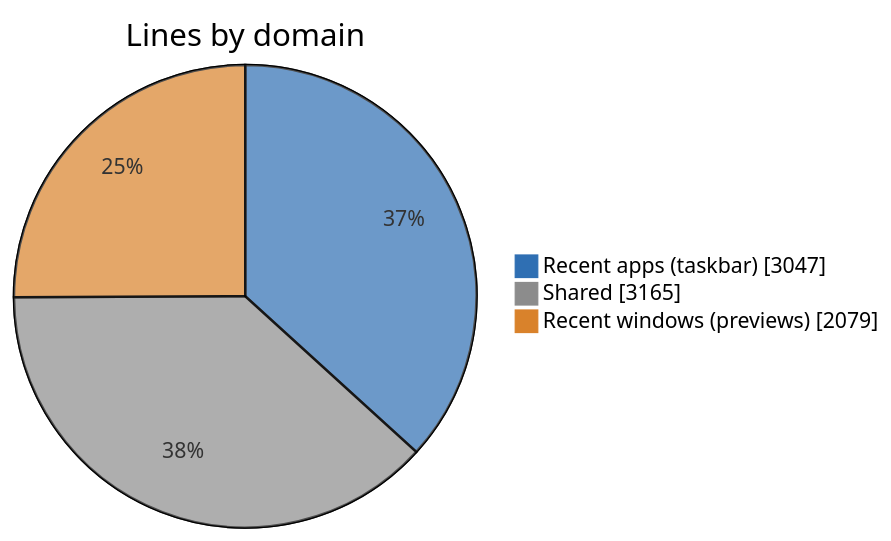
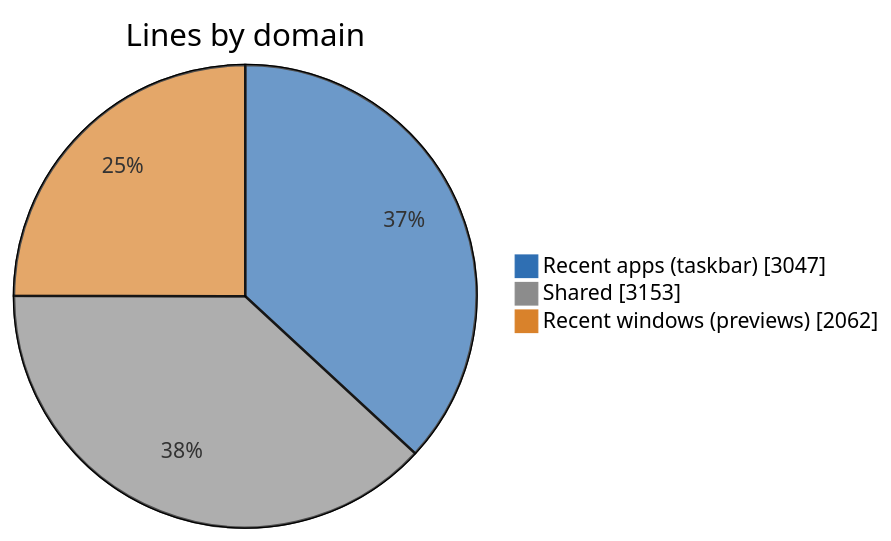
One commit to jvlasek/taskbar-recent-focus-highlight changed the first of 5 diagrams in doc/code/code-breakdown.md. Above: the diagram before and after it, drawn with Mermaid. The commit also changed other lines of this file and 10 other files, not shown here.

````diff
--- a/doc/code/code-breakdown.md
+++ b/doc/code/code-breakdown.md
@@ -15,7 +15,7 @@
 ```mermaid
 %%{init: {"themeVariables": {"pie1": "#2F6FB3", "pie2": "#8C8C8C", "pie3": "#D9822B", "pieOuterStrokeWidth": "1px"}}}%%
 pie showData title Lines by domain
     "Recent apps (taskbar)" : 3047
-    "Shared" : 3165
-    "Recent windows (previews)" : 2079
+    "Shared" : 3153
+    "Recent windows (previews)" : 2062
 ```
````
